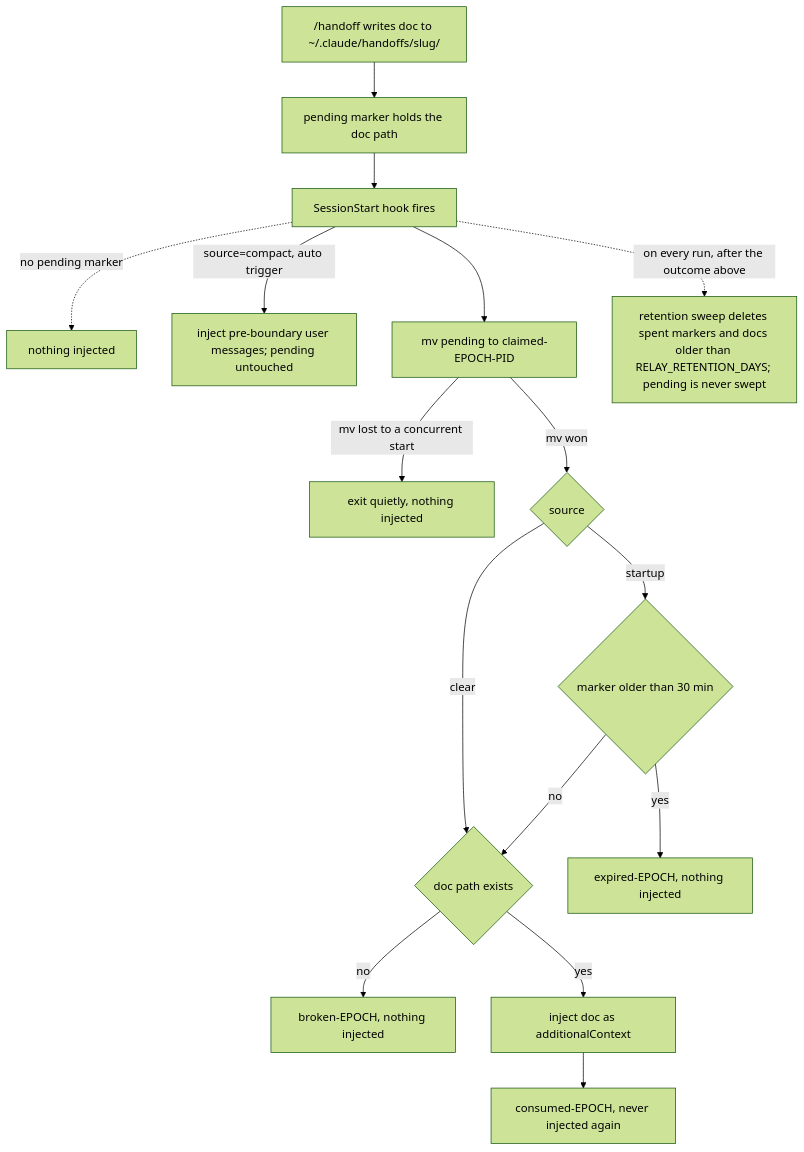
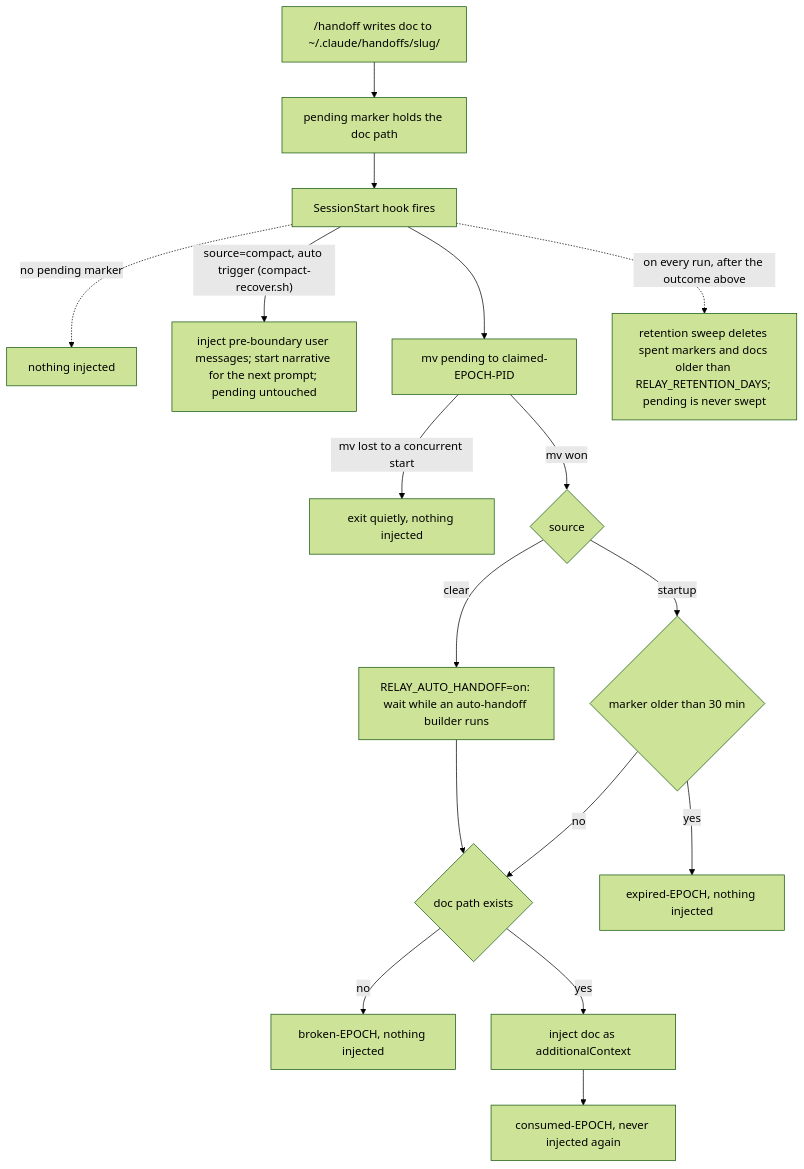
Before and after one commit to starfysh-tech/nautilai: the diagram in relay/README.md, drawn with Mermaid (forest theme). The commit also changed other lines of this file and 7 other files, not shown here.

First line of the commit message:
fix(relay): update docs and doctor for compaction recovery and auto-handoff (#158)

````diff
--- a/relay/README.md
+++ b/relay/README.md
@@ -78,18 +81,19 @@
 ```mermaid
 flowchart TD
     A["/handoff writes doc to ~/.claude/handoffs/slug/"] --> B["pending marker holds the doc path"]
     B --> C["SessionStart hook fires"]
     C -.->|"no pending marker"| M["nothing injected"]
-    C -->|"source=compact, auto trigger"| P["inject pre-boundary user messages; pending untouched"]
+    C -->|"source=compact, auto trigger (compact-recover.sh)"| P["inject pre-boundary user messages; start narrative for the next prompt; pending untouched"]
     C --> D["mv pending to claimed-EPOCH-PID"]
     D -->|"mv lost to a concurrent start"| E["exit quietly, nothing injected"]
     D -->|"mv won"| F{"source"}
-    F -->|"clear"| H{"doc path exists"}
+    F -->|"clear"| W["RELAY_AUTO_HANDOFF=on: wait while an auto-handoff builder runs"]
+    W --> H{"doc path exists"}
     F -->|"startup"| G{"marker older than 30 min"}
     G -->|"yes"| I["expired-EPOCH, nothing injected"]
     G -->|"no"| H
     H -->|"no"| J["broken-EPOCH, nothing injected"]
     H -->|"yes"| K["inject doc as additionalContext"]
     K --> L["consumed-EPOCH, never injected again"]
     C -.->|"on every run, after the outcome above"| N["retention sweep deletes spent markers and docs older than RELAY_RETENTION_DAYS; pending is never swept"]
 ```
````
